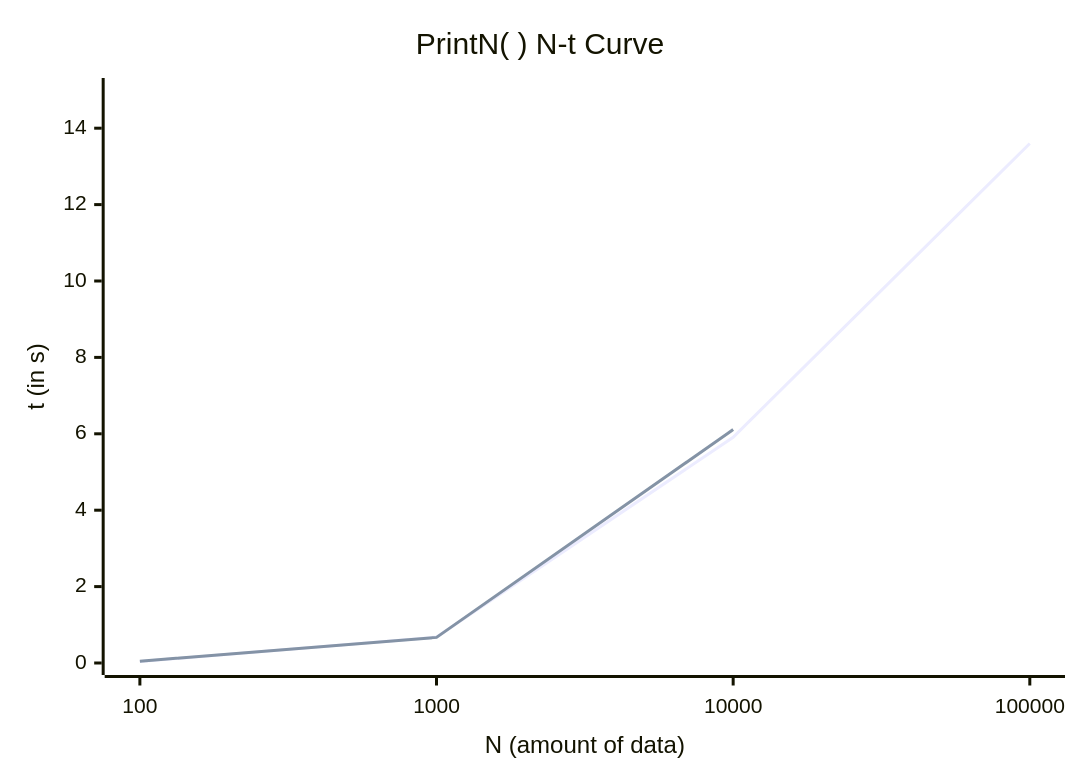
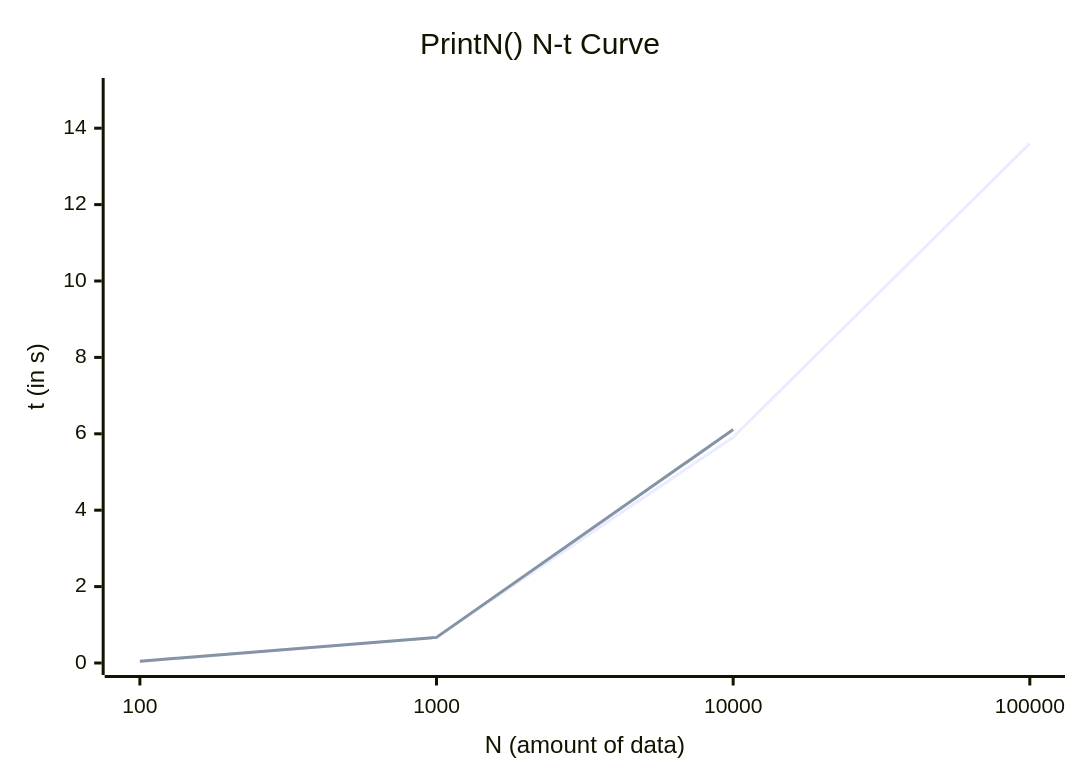
The third of 6 diagrams in 数据结构.md (novpath/Data-Structure), drawn with Mermaid before and after one commit. The commit also changed other lines of this file, not shown here.

````diff
--- a/数据结构.md
+++ b/数据结构.md
@@ -873,8 +868,8 @@
 ```mermaid
 xychart-beta
-    title "PrintN( ) N-t Curve"
+    title "PrintN() N-t Curve"
     x-axis "N (amount of data)" [100, 1000, 10000, 100000]
     y-axis "t (in s)" 0 --> 15
     line "循环" [0.038, 0.678, 5.91, 13.6]
     line "递归" [0.048, 0.670, 6.11]
 ```
````
